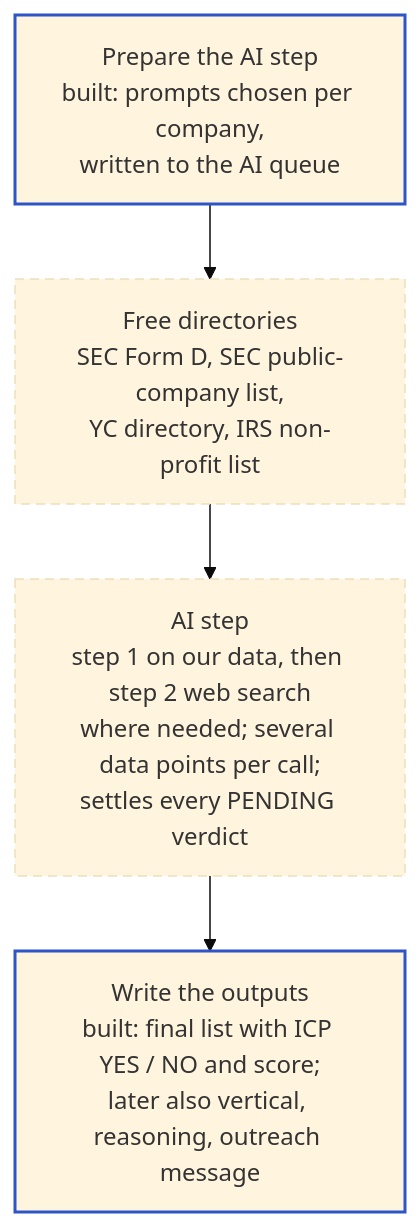
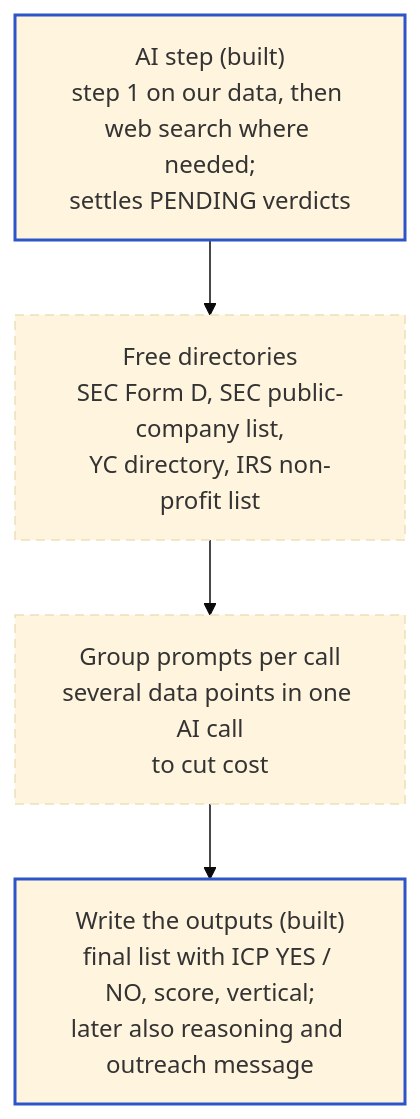
One commit to aligmirza/PuzzleLeadScoring changed the seventh of 7 diagrams in docs/PIPELINE.md. Above: the diagram before and after it, drawn with Mermaid (base theme). The commit also changed other lines of this file and 23 other files, not shown here.

````diff
--- a/docs/PIPELINE.md
+++ b/docs/PIPELINE.md
@@ -522,14 +539,14 @@
 ```mermaid
 flowchart TD
-    S5["Prepare the AI step<br/>built: prompts chosen per company,<br/>written to the AI queue"]
+    S5["AI step (built)<br/>step 1 on our data, then web search where needed;<br/>settles PENDING verdicts"]
     S5b["Free directories<br/>SEC Form D, SEC public-company list,<br/>YC directory, IRS non-profit list"]
-    S5c["AI step<br/>step 1 on our data, then step 2 web search<br/>where needed; several data points per call;<br/>settles every PENDING verdict"]
-    S6["Write the outputs<br/>built: final list with ICP YES / NO and score;<br/>later also vertical, reasoning, outreach message"]
+    S5c["Group prompts per call<br/>several data points in one AI call<br/>to cut cost"]
+    S6["Write the outputs (built)<br/>final list with ICP YES / NO, score, vertical;<br/>later also reasoning and outreach message"]
 
     S5 --> S5b --> S5c --> S6
 
     classDef plan stroke-dasharray: 6 4
     classDef key stroke:#2d55c8,stroke-width:2px
     class S5,S6 key
     class S5b,S5c plan
 ```
````
